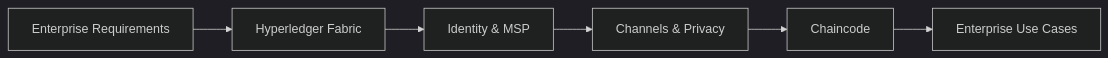
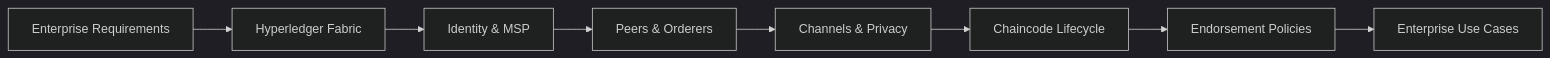
The first of 8 diagrams in docs/courses/blockchain/09-enterprise.md (Raushan666java/ai-engineering-journey), drawn with Mermaid (dark theme) before and after one commit. The commit also changed other lines of this file and 62 other files, not shown here.

````diff
--- a/docs/courses/blockchain/09-enterprise.md
+++ b/docs/courses/blockchain/09-enterprise.md
@@ -27,8 +32,10 @@
 ```mermaid
 flowchart LR
     A[Enterprise Requirements] --> B[Hyperledger Fabric]
     B --> C[Identity & MSP]
-    C --> D[Channels & Privacy]
-    D --> E[Chaincode]
-    E --> F[Enterprise Use Cases]
+    C --> D[Peers & Orderers]
+    D --> E[Channels & Privacy]
+    E --> F[Chaincode Lifecycle]
+    F --> G[Endorsement Policies]
+    G --> H[Enterprise Use Cases]
 ```
````
